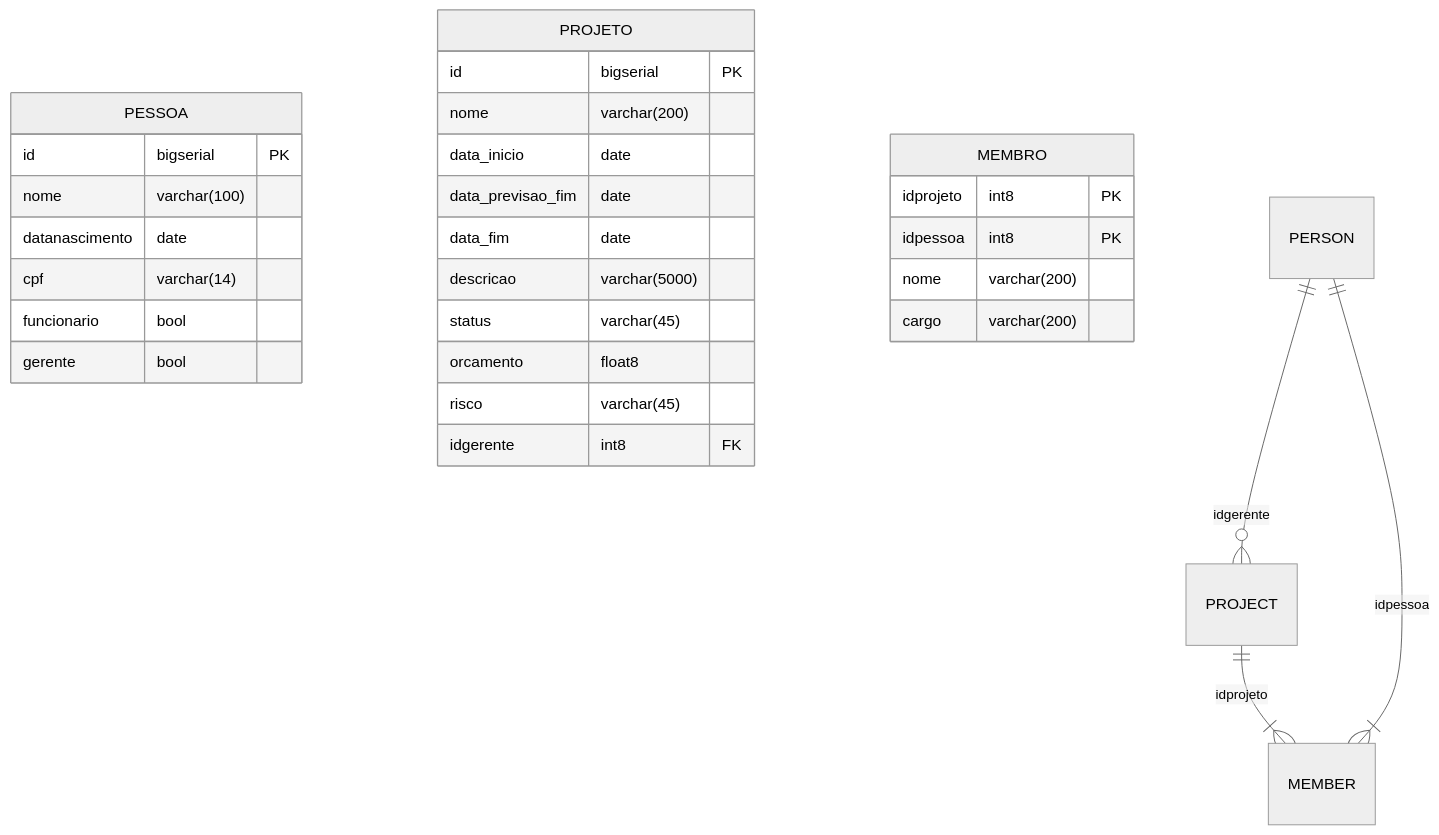
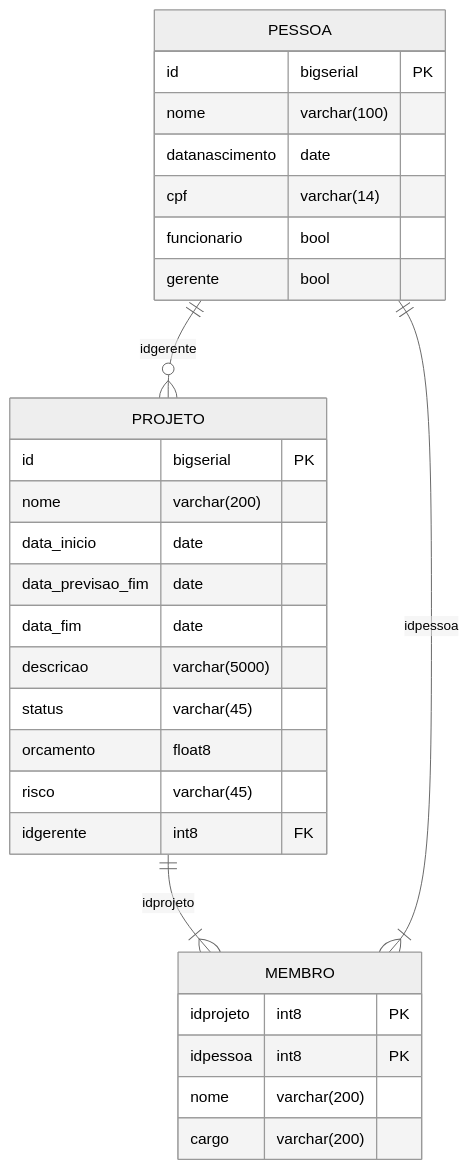
Before and after one commit to w3builder/projectmanagement: the diagram in README.md, drawn with Mermaid (neutral theme).

````diff
--- a/README.md
+++ b/README.md
@@ -44,36 +44,36 @@
 ```mermaid
 
 erDiagram
     PESSOA {
         id bigserial PK
         nome varchar(100)
         datanascimento date
         cpf varchar(14)
         funcionario bool
         gerente bool
     }
     
     PROJETO {
         id bigserial PK
         nome varchar(200)
         data_inicio date
         data_previsao_fim date
         data_fim date
         descricao varchar(5000)
         status varchar(45)
         orcamento float8
         risco varchar(45)
         idgerente int8 FK
     }
     
     MEMBRO {
         idprojeto int8 PK
         idpessoa int8 PK
         nome varchar(200)
         cargo varchar(200)
     }
 
-    PERSON ||--o{ PROJECT : "idgerente"
-    PROJECT ||--|{ MEMBER : "idprojeto"
-    PERSON ||--|{ MEMBER : "idpessoa"
+    PESSOA ||--o{ PROJETO : "idgerente"
+    PROJETO ||--|{ MEMBRO : "idprojeto"
+    PESSOA ||--|{ MEMBRO : "idpessoa"
 ```
````
